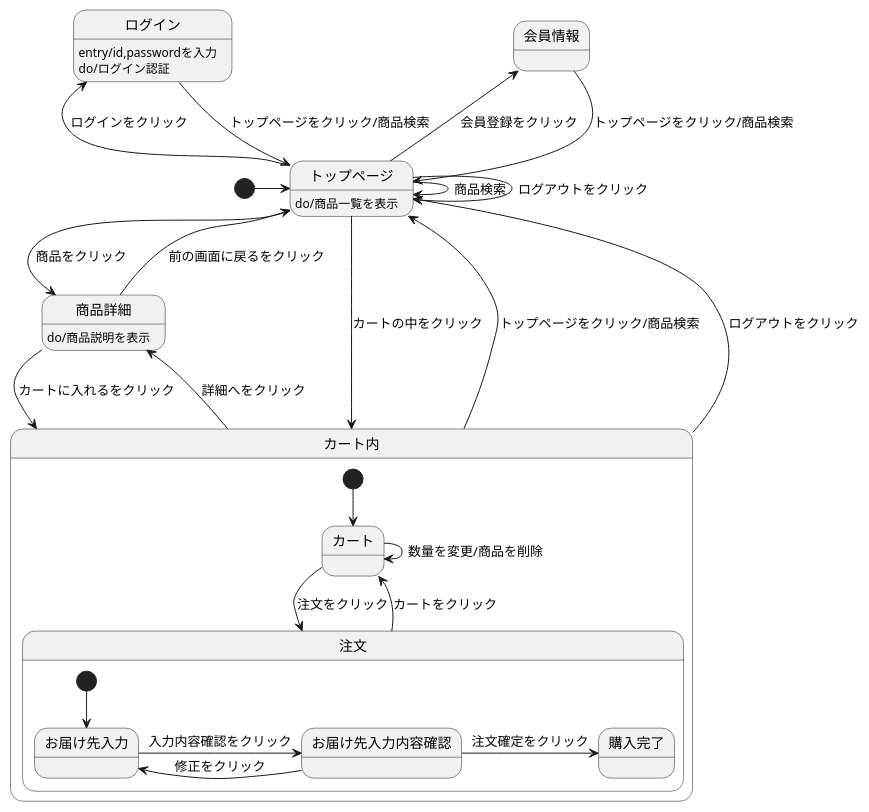
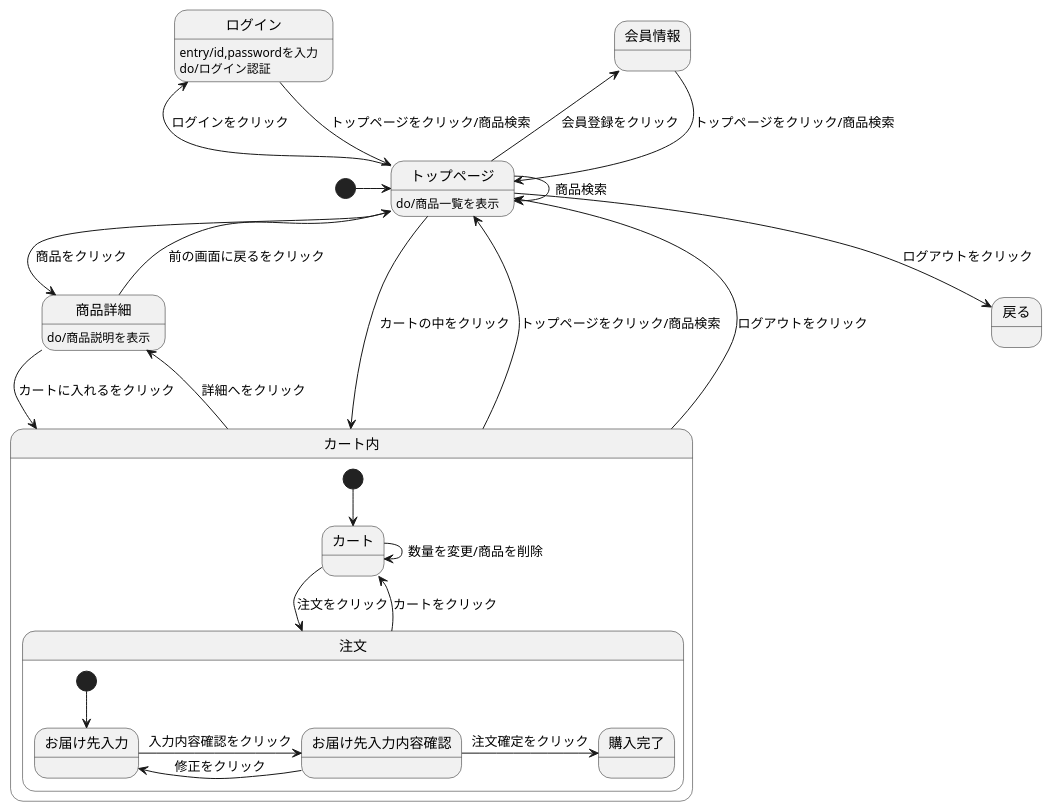
The diagram in create 12.md (Aso2001140/2012sys-design), drawn with PlantUML before and after one commit.

Commit message:
Update create 12.md

````diff
--- a/create 12.md
+++ b/create 12.md
@@ -1,35 +1,35 @@
 ```uml
 @startuml
 [*] -> トップページ
 会員情報 --> トップページ : トップページをクリック/商品検索
 ログイン --> トップページ : トップページをクリック/商品検索
 ログイン : entry/id,passwordを入力
 ログイン : do/ログイン認証
-トップページ --> トップページ : ログアウトをクリック
+トップページ --> 戻る : ログアウトをクリック
 トップページ -> トップページ : 商品検索
 トップページ -> 商品詳細 : 商品をクリック
 トップページ -left-> 会員情報 : 会員登録をクリック
 トップページ -left-> ログイン : ログインをクリック
 トップページ --> カート内 : カートの中をクリック
 トップページ : do/商品一覧を表示
 商品詳細 --> カート内 : カートに入れるをクリック
 商品詳細 --> トップページ : 前の画面に戻るをクリック
 商品詳細 : do/商品説明を表示
 カート内 -up-> トップページ : トップページをクリック/商品検索
 カート内 -up-> トップページ : ログアウトをクリック
 カート内 -> 商品詳細 : 詳細へをクリック
 
 state カート内{
 [*] --> カート
 カート -> 注文 : 注文をクリック
 カート -> カート : 数量を変更/商品を削除
 注文 --> カート : カートをクリック
 state 注文{
 [*] --> お届け先入力
 お届け先入力 -> お届け先入力内容確認 : 入力内容確認をクリック
 お届け先入力内容確認 -> お届け先入力 : 修正をクリック
 お届け先入力内容確認 -> 購入完了 : 注文確定をクリック
 }
 }
 @enduml
 ```
````
